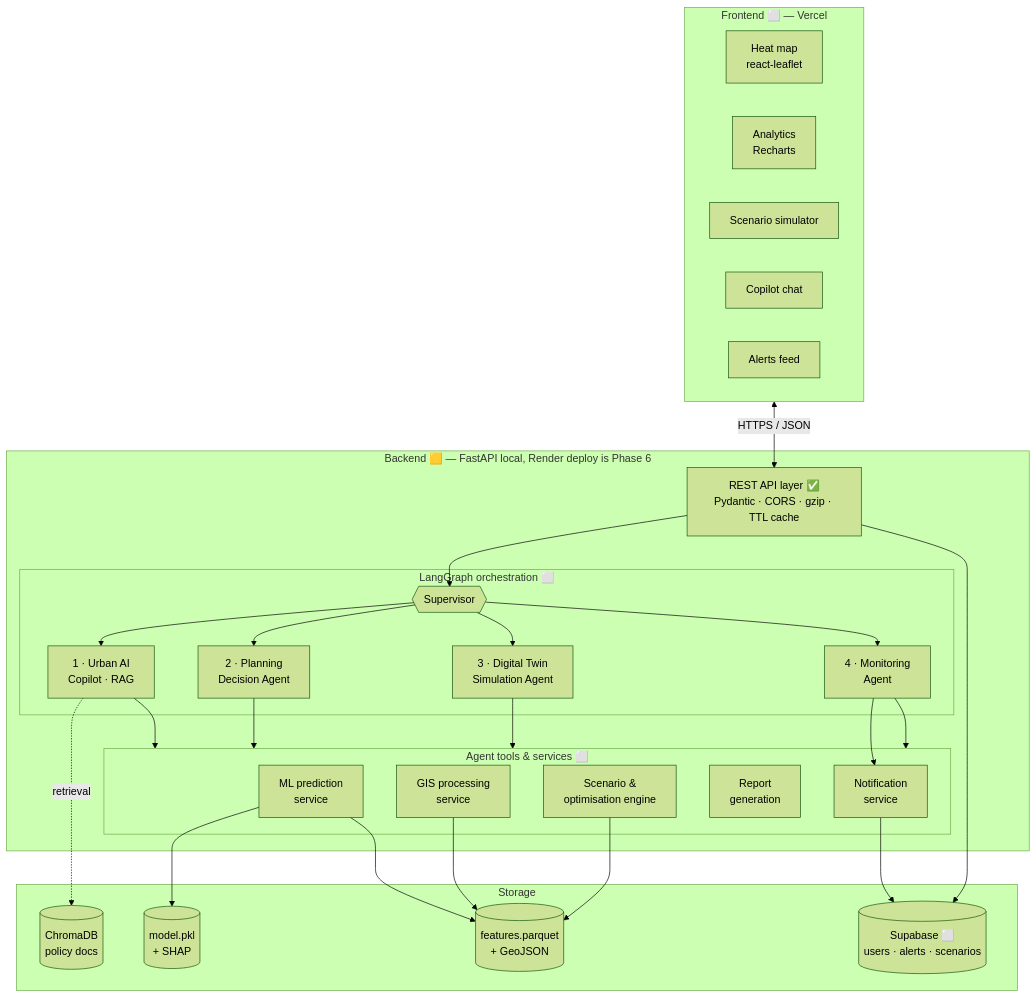
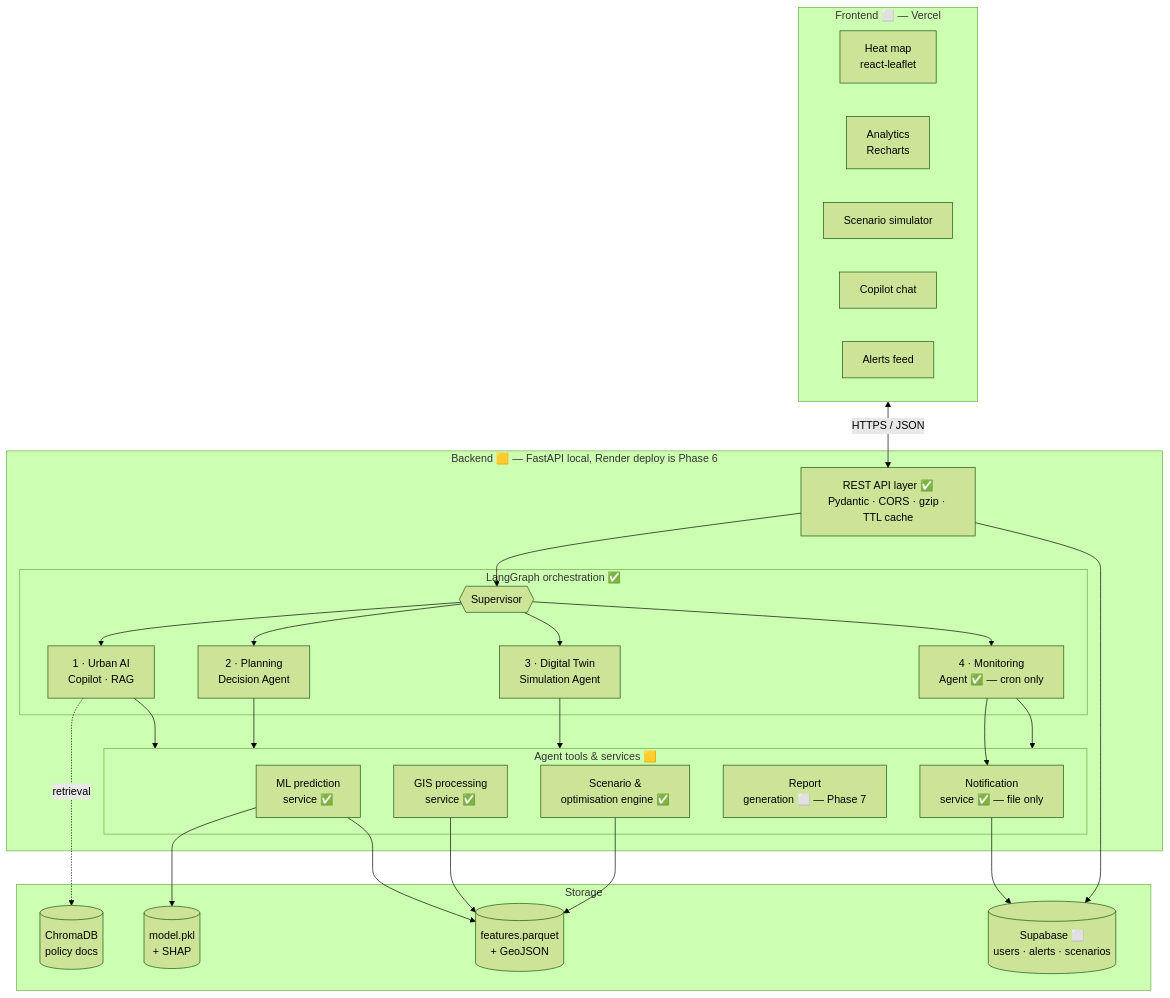
The second of 5 diagrams in docs/architecture.md (DevGurav/urbanheat-mumbai), drawn with Mermaid (forest theme) before and after one commit. The commit also changed other lines of this file and 3 other files, not shown here.

````diff
--- a/docs/architecture.md
+++ b/docs/architecture.md
@@ -41,48 +42,48 @@
 ```mermaid
 flowchart TB
     subgraph FE["Frontend ⬜ — Vercel"]
         direction LR
         MAP[Heat map<br/>react-leaflet]
         AN[Analytics<br/>Recharts]
         SIM[Scenario simulator]
         CHAT[Copilot chat]
         ALR[Alerts feed]
     end
 
     subgraph BE["Backend 🟨 — FastAPI local, Render deploy is Phase 6"]
         API[REST API layer ✅<br/>Pydantic · CORS · gzip · TTL cache]
 
-        subgraph AG["LangGraph orchestration ⬜"]
+        subgraph AG["LangGraph orchestration ✅"]
             SUP{{Supervisor}}
             A1[1 · Urban AI<br/>Copilot · RAG]
             A2[2 · Planning<br/>Decision Agent]
             A3[3 · Digital Twin<br/>Simulation Agent]
-            A4[4 · Monitoring<br/>Agent]
+            A4[4 · Monitoring<br/>Agent ✅ — cron only]
         end
 
-        subgraph SVC["Agent tools & services ⬜"]
-            MLS[ML prediction<br/>service]
-            GIS[GIS processing<br/>service]
-            SCN[Scenario &<br/>optimisation engine]
-            RPT[Report<br/>generation]
-            NTF[Notification<br/>service]
+        subgraph SVC["Agent tools & services 🟨"]
+            MLS[ML prediction<br/>service ✅]
+            GIS[GIS processing<br/>service ✅]
+            SCN[Scenario &<br/>optimisation engine ✅]
+            RPT[Report<br/>generation ⬜ — Phase 7]
+            NTF[Notification<br/>service ✅ — file only]
         end
     end
 
     subgraph ST["Storage"]
         FEAT[(features.parquet<br/>+ GeoJSON)]
         MDL[(model.pkl<br/>+ SHAP)]
         VEC[(ChromaDB<br/>policy docs)]
         SUPA[(Supabase ⬜<br/>users · alerts · scenarios)]
     end
 
     FE <-->|HTTPS / JSON| API
     API --> SUP
     SUP --> A1 & A2 & A3 & A4
     A1 & A2 & A3 & A4 --> SVC
     A1 -.retrieval.-> VEC
     MLS --> MDL
     MLS & GIS & SCN --> FEAT
     A4 --> NTF --> SUPA
     API --> SUPA
 ```
````
